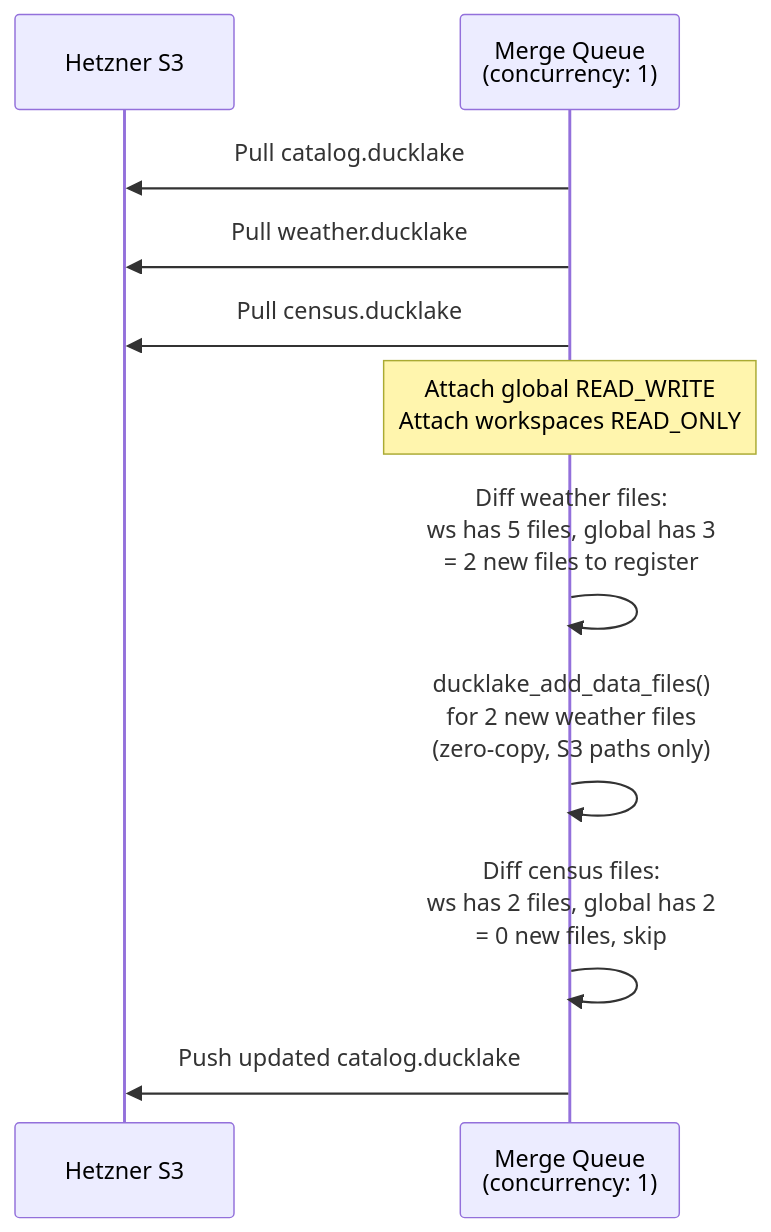
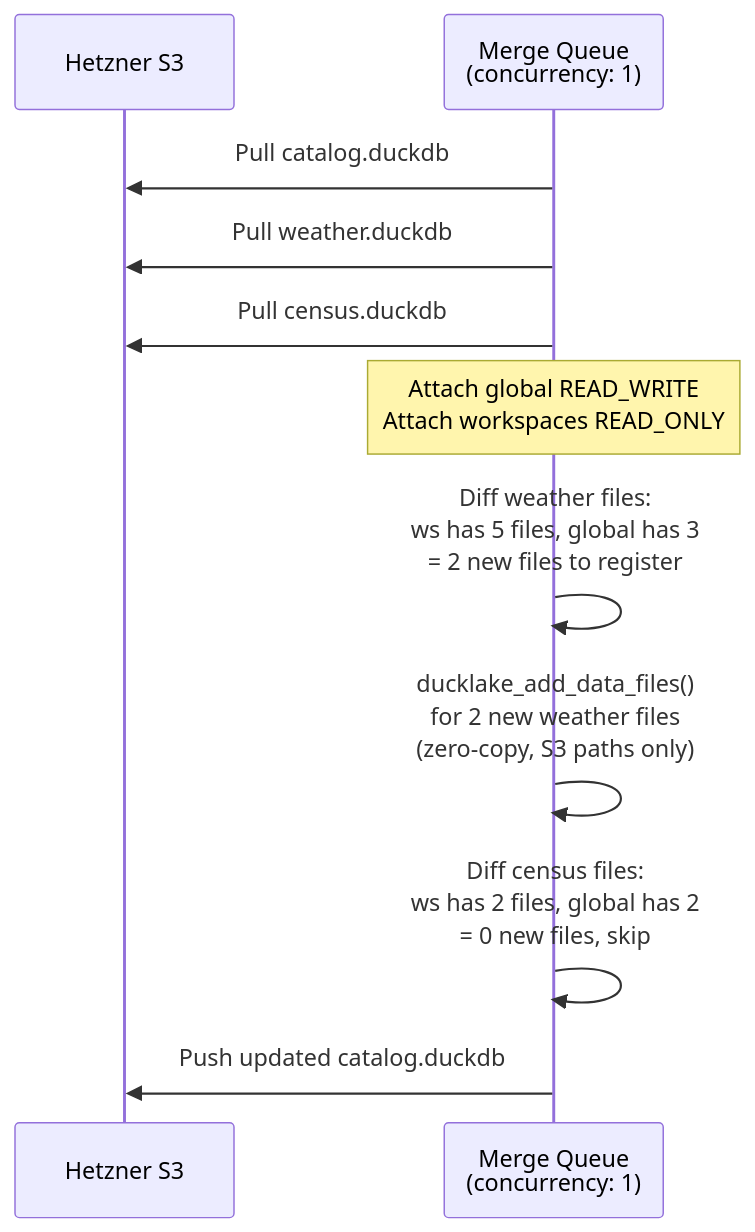
One commit to tabaqatdev/ai-data-registry changed the second of 5 diagrams in research/architecture.md. Above: the diagram before and after it, drawn with Mermaid. The commit also changed other lines of this file and 10 other files, not shown here.

````diff
--- a/research/architecture.md
+++ b/research/architecture.md
@@ -81,19 +81,19 @@
 ```mermaid
 sequenceDiagram
     participant S3 as Hetzner S3
     participant MQ as Merge Queue<br/>(concurrency: 1)
 
-    MQ->>S3: Pull catalog.ducklake
-    MQ->>S3: Pull weather.ducklake
-    MQ->>S3: Pull census.ducklake
+    MQ->>S3: Pull catalog.duckdb
+    MQ->>S3: Pull weather.duckdb
+    MQ->>S3: Pull census.duckdb
 
     Note over MQ: Attach global READ_WRITE<br/>Attach workspaces READ_ONLY
 
     MQ->>MQ: Diff weather files:<br/>ws has 5 files, global has 3<br/>= 2 new files to register
 
     MQ->>MQ: ducklake_add_data_files()<br/>for 2 new weather files<br/>(zero-copy, S3 paths only)
 
     MQ->>MQ: Diff census files:<br/>ws has 2 files, global has 2<br/>= 0 new files, skip
 
-    MQ->>S3: Push updated catalog.ducklake
+    MQ->>S3: Push updated catalog.duckdb
 ```
````
